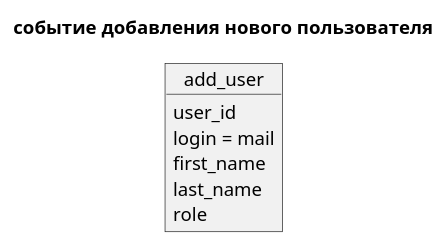
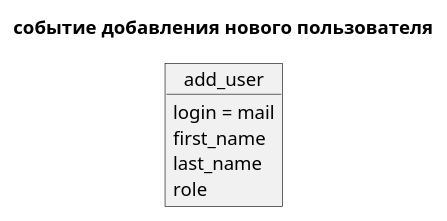
One commit to mhanygin/aTES changed the first of 6 diagrams in docs/events.puml. Above: the diagram before and after it, drawn with PlantUML. The commit also changed other lines of this file and 16 other files, not shown here.

Commit message:
добавлены диаграммы и события

```diff
--- a/docs/events.puml
+++ b/docs/events.puml
@@ -1,13 +1,12 @@
 @startuml add_user
 
 title событие добавления нового пользователя
 
 object add_user {
-user_id
 login = mail
 first_name
 last_name
 role
 }
 
 @enduml
```
